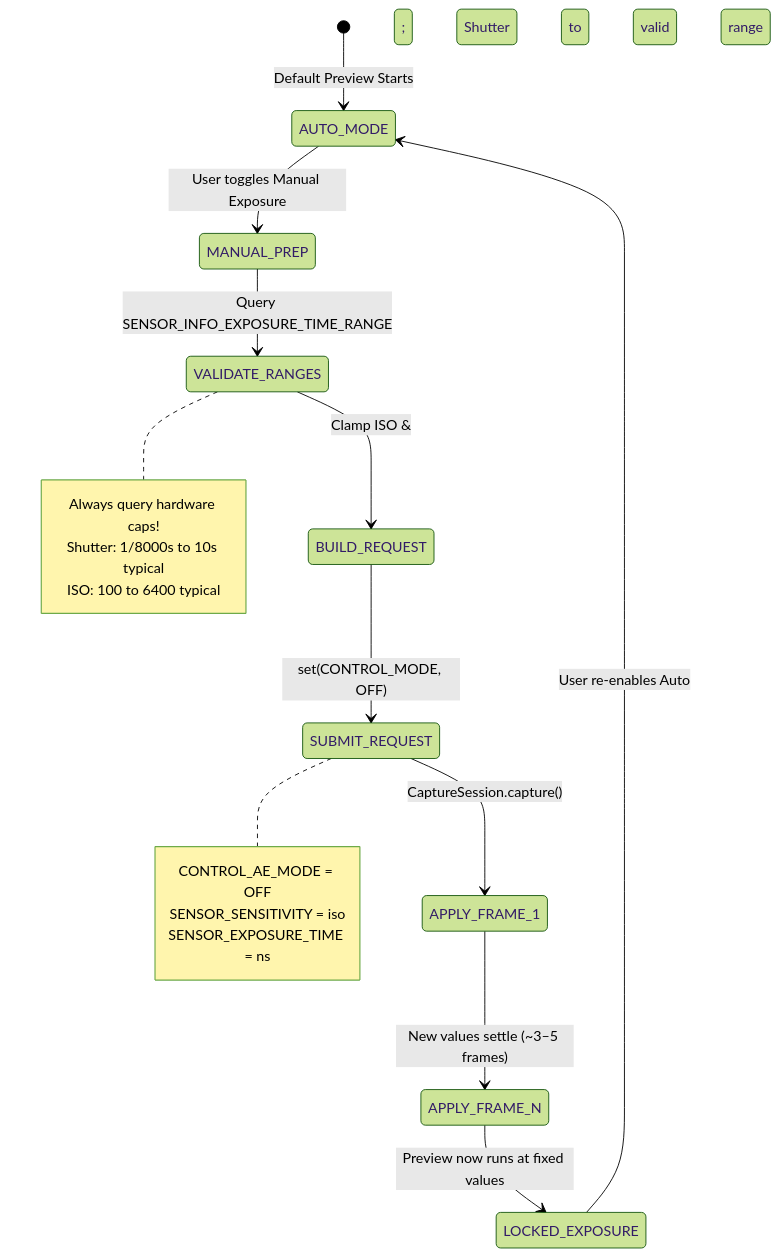
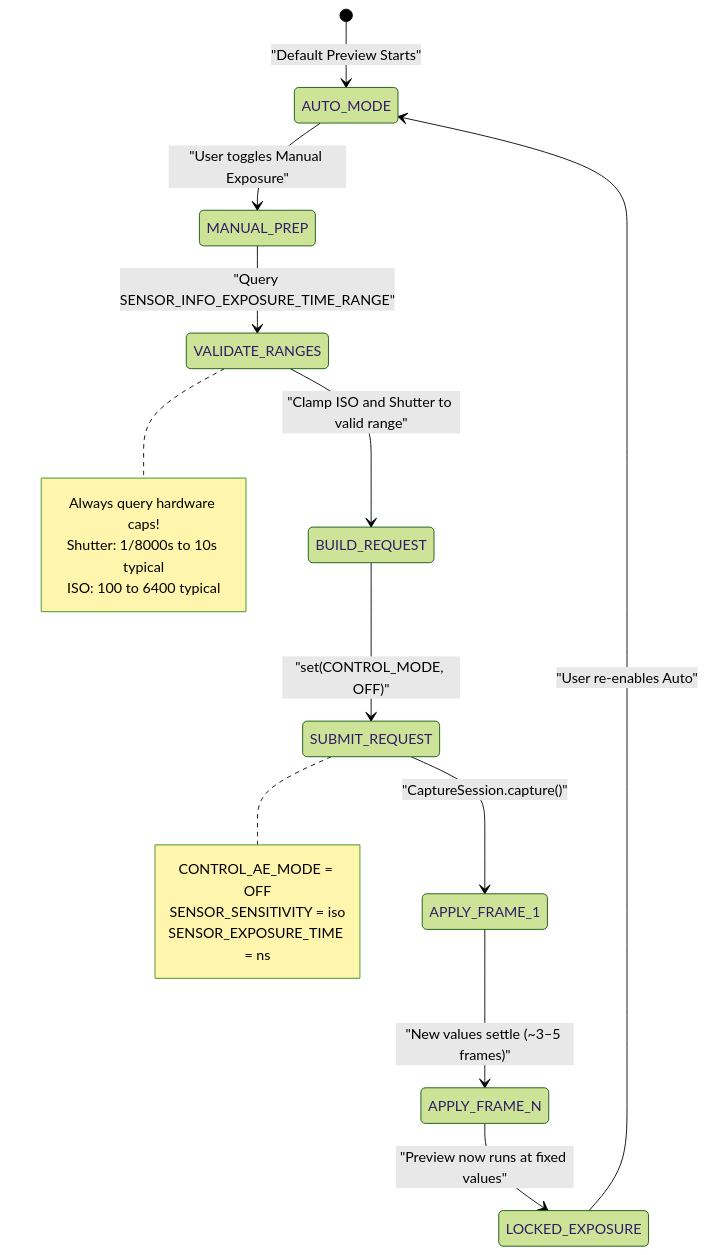
The diagram in website/docs/camera2/manual-exposure-in-camera2.md (zoozooll/AndroidCameraParameters), drawn with Mermaid (forest theme) before and after one commit. The commit also changed 77 other files, not shown here.

First line of the commit message:
docs: standardize Mermaid syntax and polish 3A pipeline translations

````diff
--- a/website/docs/camera2/manual-exposure-in-camera2.md
+++ b/website/docs/camera2/manual-exposure-in-camera2.md
@@ -30,22 +30,22 @@
 ```mermaid
 stateDiagram-v2
-    [*] --> AUTO_MODE: Default Preview Starts
-    AUTO_MODE --> MANUAL_PREP: User toggles Manual Exposure
-    MANUAL_PREP --> VALIDATE_RANGES: Query SENSOR_INFO_EXPOSURE_TIME_RANGE
-    VALIDATE_RANGES --> BUILD_REQUEST: Clamp ISO &amp; Shutter to valid range
-    BUILD_REQUEST --> SUBMIT_REQUEST: set(CONTROL_MODE, OFF)
-    SUBMIT_REQUEST --> APPLY_FRAME_1: CaptureSession.capture()
-    APPLY_FRAME_1 --> APPLY_FRAME_N: New values settle (~3–5 frames)
-    APPLY_FRAME_N --> LOCKED_EXPOSURE: Preview now runs at fixed values
-    LOCKED_EXPOSURE --> AUTO_MODE: User re-enables Auto
+    [*] --> AUTO_MODE: "Default Preview Starts"
+    AUTO_MODE --> MANUAL_PREP: "User toggles Manual Exposure"
+    MANUAL_PREP --> VALIDATE_RANGES: "Query SENSOR_INFO_EXPOSURE_TIME_RANGE"
+    VALIDATE_RANGES --> BUILD_REQUEST: "Clamp ISO and Shutter to valid range"
+    BUILD_REQUEST --> SUBMIT_REQUEST: "set(CONTROL_MODE, OFF)"
+    SUBMIT_REQUEST --> APPLY_FRAME_1: "CaptureSession.capture()"
+    APPLY_FRAME_1 --> APPLY_FRAME_N: "New values settle (~3–5 frames)"
+    APPLY_FRAME_N --> LOCKED_EXPOSURE: "Preview now runs at fixed values"
+    LOCKED_EXPOSURE --> AUTO_MODE: "User re-enables Auto"
     note right of VALIDATE_RANGES
         Always query hardware caps!
         Shutter: 1/8000s to 10s typical
         ISO: 100 to 6400 typical
     end note
     note right of SUBMIT_REQUEST
         CONTROL_AE_MODE = OFF
         SENSOR_SENSITIVITY = iso
         SENSOR_EXPOSURE_TIME = ns
     end note
 ```
````
